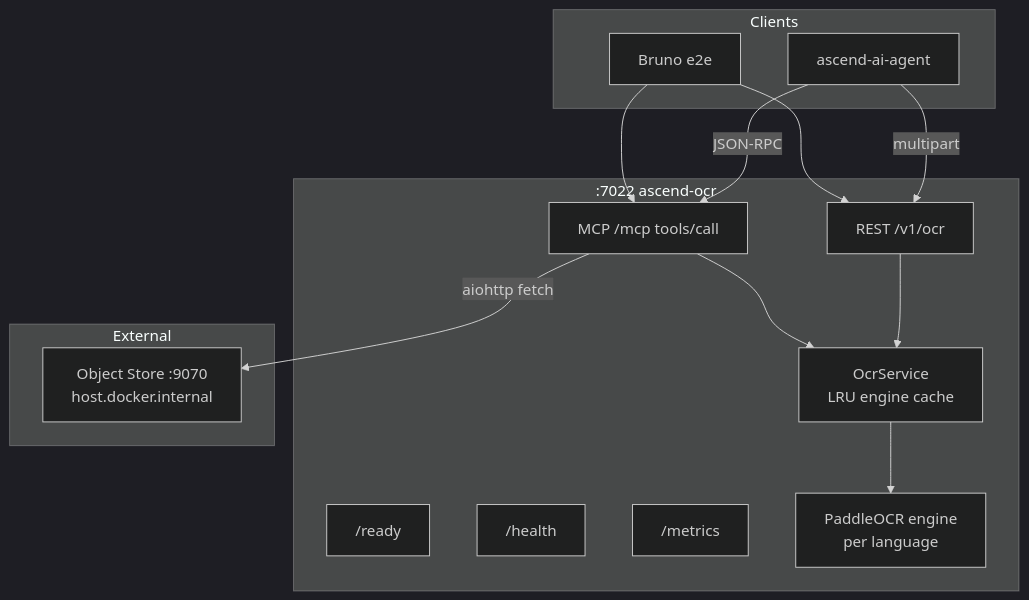
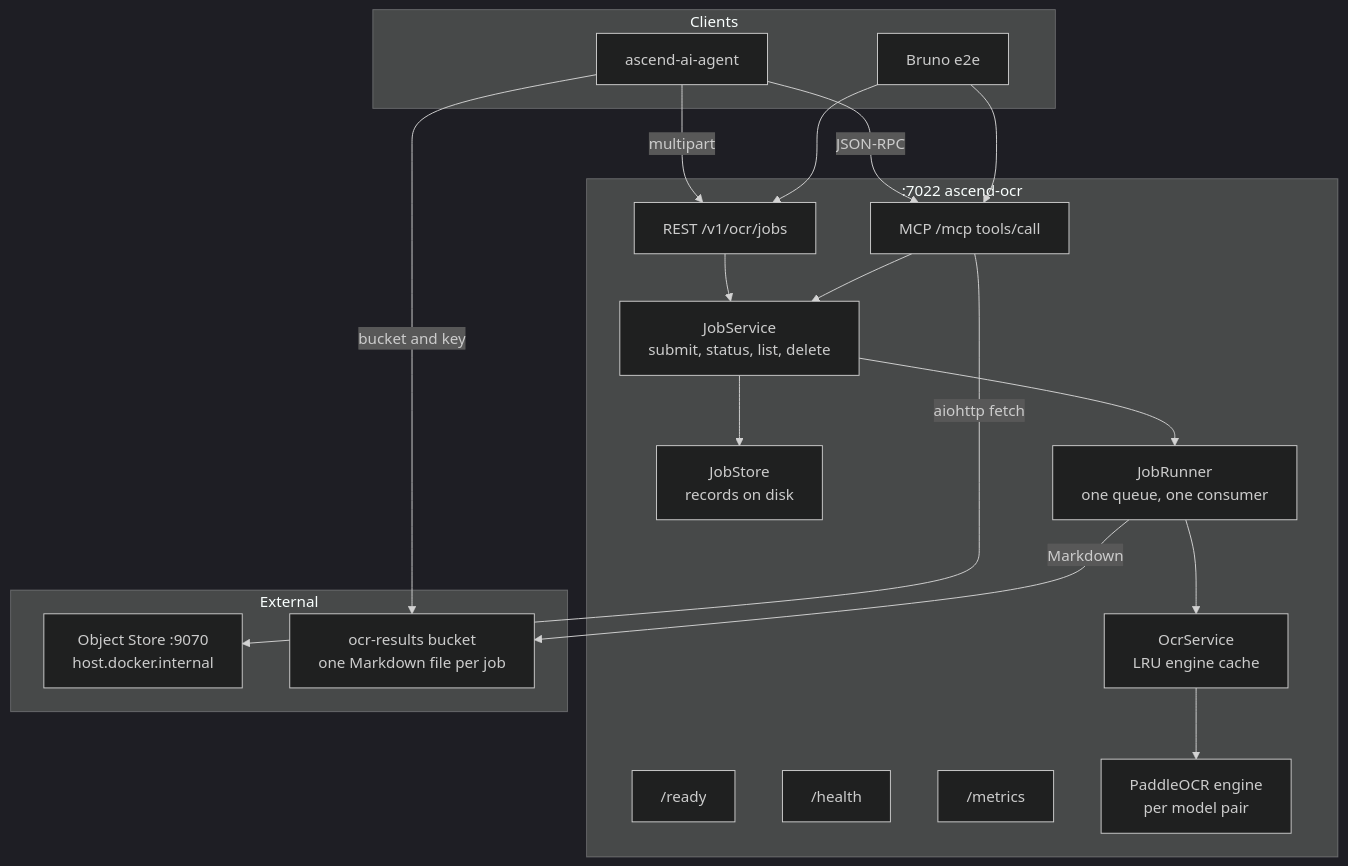
Before and after one commit to Lukk17/AscendAI: the diagram in apps/ascend-ocr/README.md, drawn with Mermaid (dark theme). The commit also changed other lines of this file and 1022 other files, not shown here.

First line of the commit message:
feat(ocr): move ascend-ocr to a job interface, add Pact contract tests and release six services (#5)

````diff
--- a/apps/ascend-ocr/README.md
+++ b/apps/ascend-ocr/README.md
@@ -104,33 +113,42 @@
 ```mermaid
 graph TB
     accTitle: ascend-ocr service architecture
     accDescr: Two API surfaces (REST + MCP) on port 7022 share one OcrService backed by an LRU engine cache.
 
     subgraph Clients
         Agent[ascend-ai-agent]
         Bruno[Bruno e2e]
     end
 
     subgraph PaddleOCR[":7022 ascend-ocr"]
-        REST["REST /v1/ocr"]
+        REST["REST /v1/ocr/jobs"]
         MCP["MCP /mcp tools/call"]
         Ready["/ready"]
         Health["/health"]
         Metrics["/metrics"]
+        JobService["JobService\nsubmit, status, list, delete"]
+        Store["JobStore\nrecords on disk"]
+        Runner["JobRunner\none queue, one consumer"]
         Service["OcrService\nLRU engine cache"]
-        Engine["PaddleOCR engine\nper language"]
+        Engine["PaddleOCR engine\nper model pair"]
     end
 
     subgraph External
         ObjectStore["Object Store :9070\nhost.docker.internal"]
+        Bucket["ocr-results bucket\none Markdown file per job"]
     end
 
     Agent -->|multipart| REST
     Agent -->|JSON-RPC| MCP
     Bruno --> REST
     Bruno --> MCP
     MCP -->|aiohttp fetch| ObjectStore
-    REST --> Service
-    MCP --> Service
+    REST --> JobService
+    MCP --> JobService
+    JobService --> Store
+    JobService --> Runner
+    Runner --> Service
     Service --> Engine
+    Runner -->|Markdown| Bucket
+    Agent -->|bucket and key| Bucket
 ```
````
